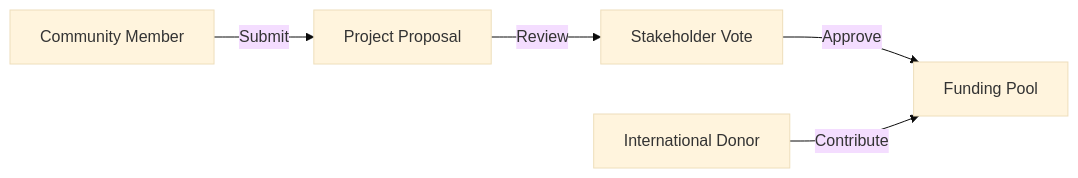
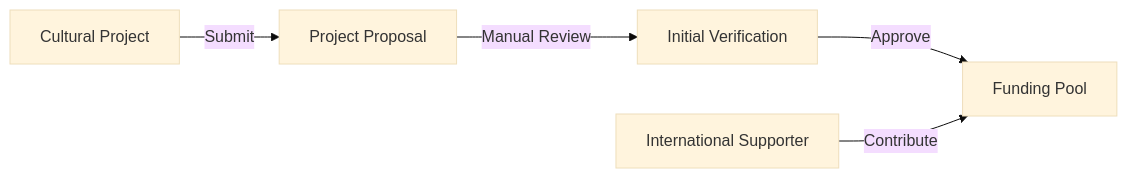
The fourth of 8 diagrams in README.md (tapilew/equilibrio-alpha), drawn with Mermaid (base theme) before and after one commit. The commit also changed other lines of this file, not shown here.

````diff
--- a/README.md
+++ b/README.md
@@ -184,7 +235,7 @@
    ```mermaid
    graph LR
-       A[Community Member] -->|Submit| B[Project Proposal]
-       B -->|Review| C[Stakeholder Vote]
+       A[Cultural Project] -->|Submit| B[Project Proposal]
+       B -->|Manual Review| C[Initial Verification]
        C -->|Approve| D[Funding Pool]
-       E[International Donor] -->|Contribute| D
+       E[International Supporter] -->|Contribute| D
    ```
````
